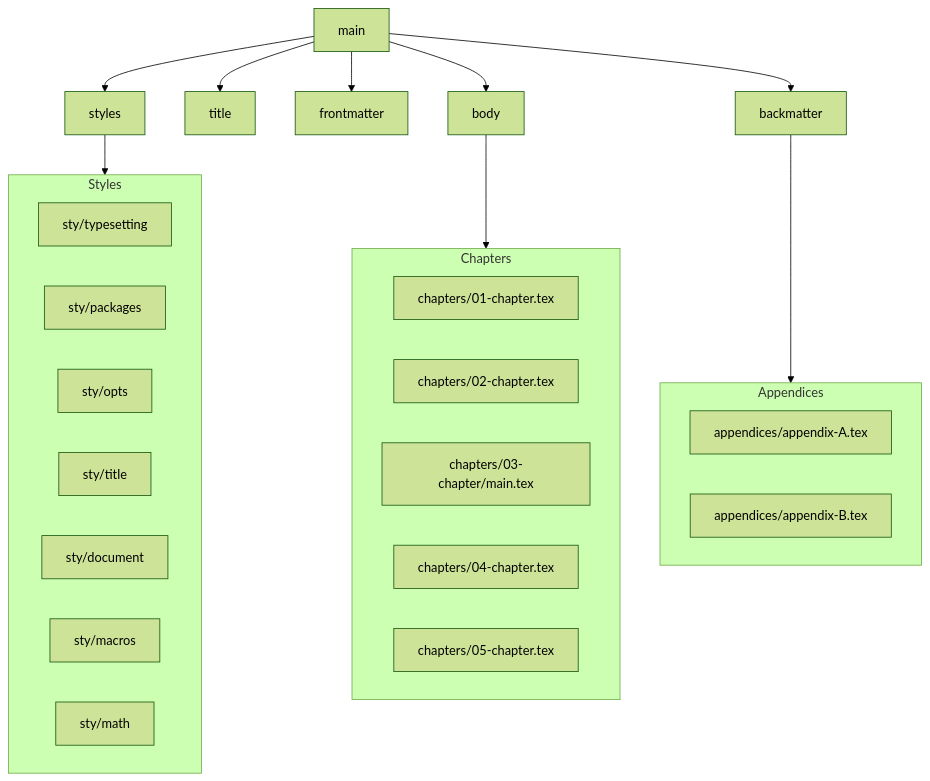
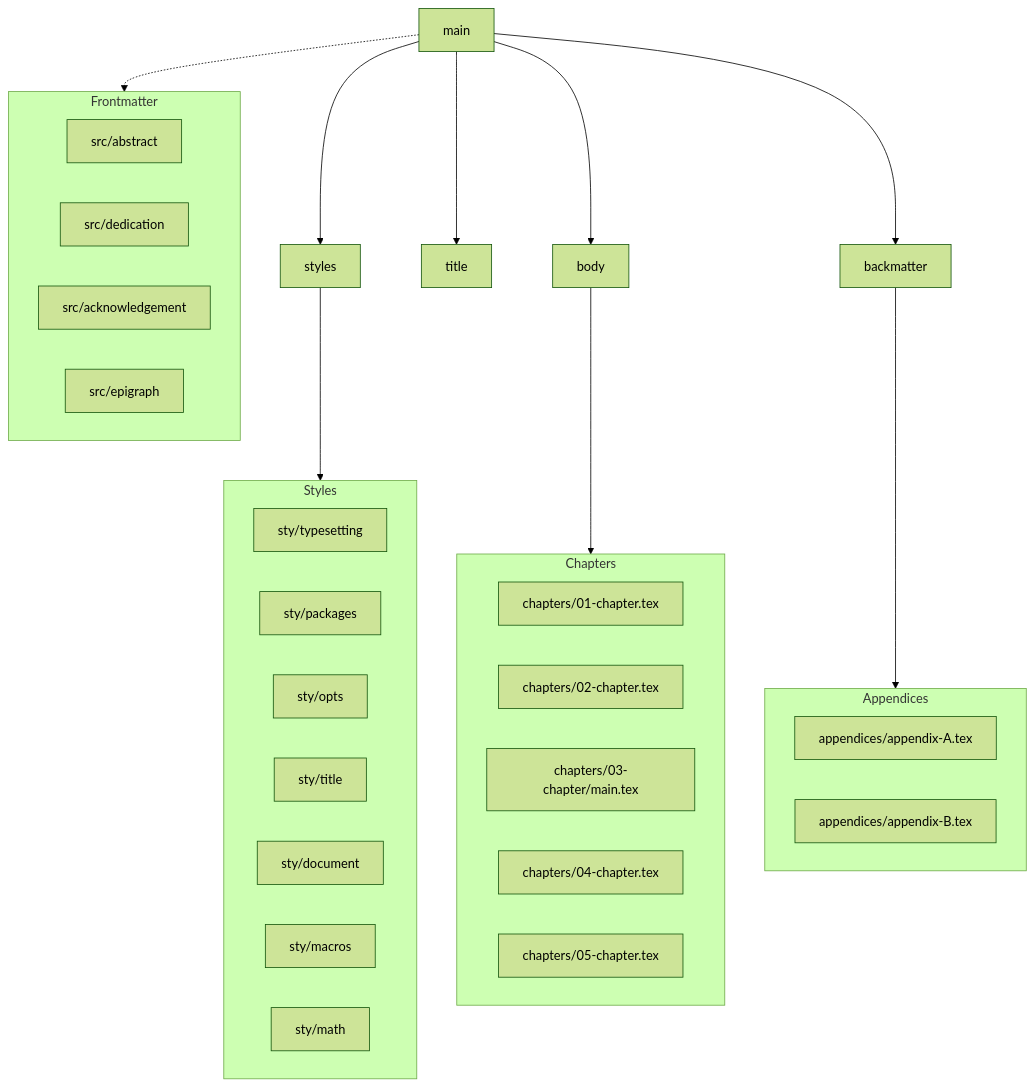
Before and after one commit to dmadisetti/Bibeks-Dissertation-Template: the diagram in README.md, drawn with Mermaid (forest theme). The commit also changed other lines of this file and 4 other files, not shown here.

````diff
--- a/README.md
+++ b/README.md
@@ -7,35 +7,42 @@
 ```mermaid
 graph TB
     subgraph Styles
         C[sty/typesetting]
         D[sty/packages]
         E[sty/opts]
         F[sty/title]
         G[sty/document]
         H[sty/macros]
         I[sty/math]
     end
 
     subgraph Chapters
         M[chapters/01-chapter.tex]
         N[chapters/02-chapter.tex]
         O[chapters/03-chapter/main.tex]
         P[chapters/04-chapter.tex]
         Q[chapters/05-chapter.tex]
     end
 
     subgraph Appendices
         S[appendices/appendix-A.tex]
         T[appendices/appendix-B.tex]
     end
 
+    subgraph Frontmatter
+        src/abstract
+        src/dedication
+        src/acknowledgement
+        src/epigraph
+    end
+
     A[main] --> B[styles]
     B --> Styles
 
     A --> J[title]
-    A --> K[frontmatter]
+    A -.-> Frontmatter
     A --> L[body]
     L --> Chapters
     A --> R[backmatter]
     R --> Appendices
 ```
````
